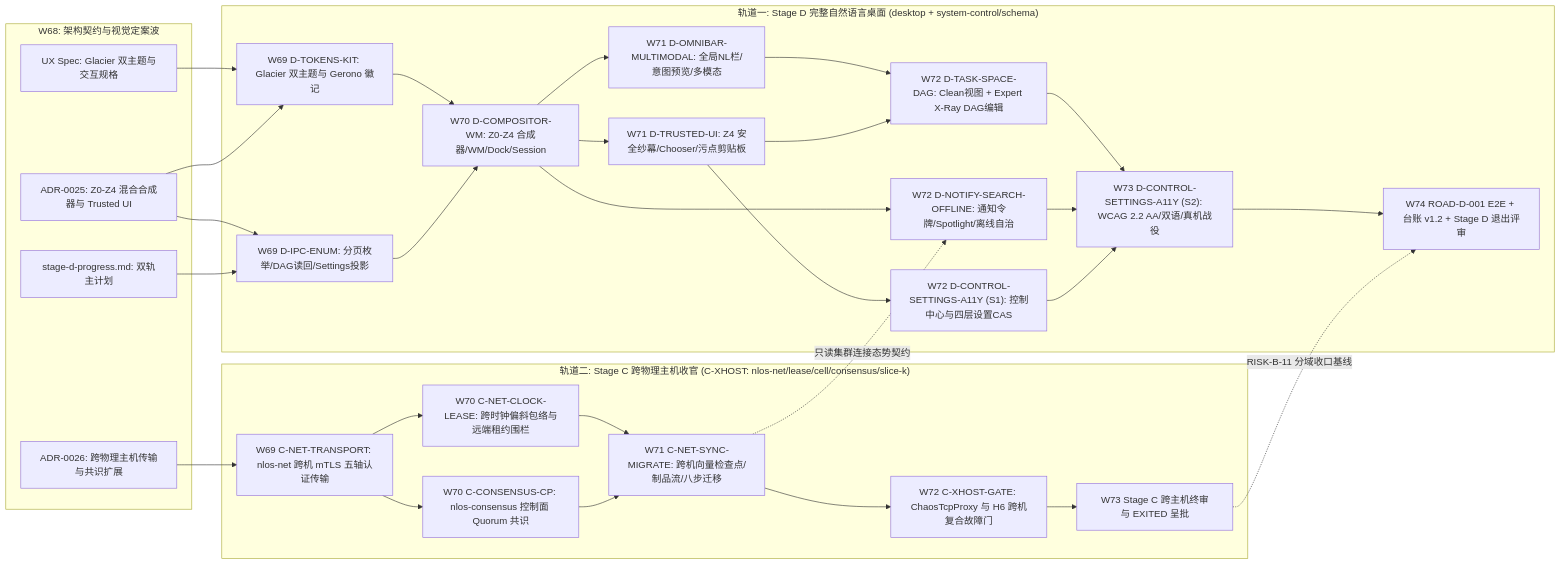
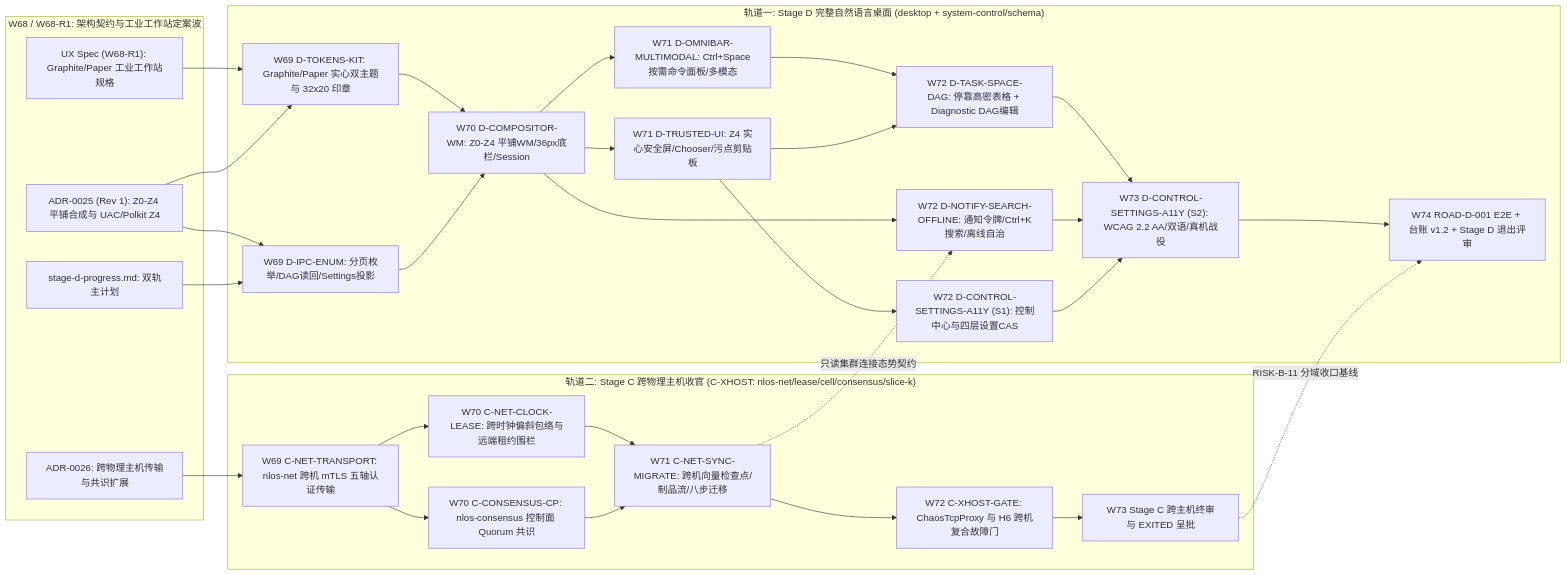
The diagram in docs/management/stage-d-progress.md (cty12356541/llmos), drawn with Mermaid before and after one commit. The commit also changed other lines of this file and 4 other files, not shown here.

First line of the commit message:
阶段D（W68-R1）：去 AI 模板味修订，确立 Graphite/Paper 硬朗工业工作站视觉与平铺优先架构

````diff
--- a/docs/management/stage-d-progress.md
+++ b/docs/management/stage-d-progress.md
@@ -202,63 +202,63 @@
 ```mermaid
 flowchart LR
-  subgraph W68_CHARTER["W68: 架构契约与视觉定案波"]
-    UX_SPEC["UX Spec: Glacier 双主题与交互规格"]
-    ADR25["ADR-0025: Z0-Z4 混合合成器与 Trusted UI"]
+  subgraph W68_CHARTER["W68 / W68-R1: 架构契约与工业工作站定案波"]
+    UX_SPEC["UX Spec (W68-R1): Graphite/Paper 工业工作站规格"]
+    ADR25["ADR-0025 (Rev 1): Z0-Z4 平铺合成与 UAC/Polkit Z4"]
     ADR26["ADR-0026: 跨物理主机传输与共识扩展"]
     PLAN_D["stage-d-progress.md: 双轨主计划"]
   end
 
   subgraph TRACK_D["轨道一: Stage D 完整自然语言桌面 (desktop + system-control/schema)"]
-    D_TOK["W69 D-TOKENS-KIT: Glacier 双主题与 Gerono 徽记"]
+    D_TOK["W69 D-TOKENS-KIT: Graphite/Paper 实心双主题与 32x20 印章"]
     D_IPC["W69 D-IPC-ENUM: 分页枚举/DAG读回/Settings投影"]
-    D_COMP["W70 D-COMPOSITOR-WM: Z0-Z4 合成器/WM/Dock/Session"]
-    D_OMNI["W71 D-OMNIBAR-MULTIMODAL: 全局NL栏/意图预览/多模态"]
-    D_TUI["W71 D-TRUSTED-UI: Z4 安全纱幕/Chooser/污点剪贴板"]
-    D_DAG["W72 D-TASK-SPACE-DAG: Clean视图 + Expert X-Ray DAG编辑"]
-    D_NSO["W72 D-NOTIFY-SEARCH-OFFLINE: 通知令牌/Spotlight/离线自治"]
+    D_COMP["W70 D-COMPOSITOR-WM: Z0-Z4 平铺WM/36px底栏/Session"]
+    D_OMNI["W71 D-OMNIBAR-MULTIMODAL: Ctrl+Space按需命令面板/多模态"]
+    D_TUI["W71 D-TRUSTED-UI: Z4 实心安全屏/Chooser/污点剪贴板"]
+    D_DAG["W72 D-TASK-SPACE-DAG: 停靠高密表格 + Diagnostic DAG编辑"]
+    D_NSO["W72 D-NOTIFY-SEARCH-OFFLINE: 通知令牌/Ctrl+K搜索/离线自治"]
     D_CSA1["W72 D-CONTROL-SETTINGS-A11Y (S1): 控制中心与四层设置CAS"]
     D_CSA2["W73 D-CONTROL-SETTINGS-A11Y (S2): WCAG 2.2 AA/双语/真机战役"]
     D_EXIT["W74 ROAD-D-001 E2E + 台账 v1.2 + Stage D 退出评审"]
   end
 
   subgraph TRACK_C["轨道二: Stage C 跨物理主机收官 (C-XHOST: nlos-net/lease/cell/consensus/slice-k)"]
     C_TRANS["W69 C-NET-TRANSPORT: nlos-net 跨机 mTLS 五轴认证传输"]
     C_CLK["W70 C-NET-CLOCK-LEASE: 跨时钟偏斜包络与远端租约围栏"]
     C_CONS["W70 C-CONSENSUS-CP: nlos-consensus 控制面 Quorum 共识"]
     C_SYNC["W71 C-NET-SYNC-MIGRATE: 跨机向量检查点/制品流/八步迁移"]
     C_GATE["W72 C-XHOST-GATE: ChaosTcpProxy 与 H6 跨机复合故障门"]
     C_EXIT["W73 Stage C 跨主机终审与 EXITED 呈批"]
   end
 
   UX_SPEC --> D_TOK
   ADR25 --> D_TOK
   ADR25 --> D_IPC
   PLAN_D --> D_IPC
   ADR26 --> C_TRANS
 
   D_TOK --> D_COMP
   D_IPC --> D_COMP
 
   C_TRANS --> C_CLK
   C_TRANS --> C_CONS
 
   D_COMP --> D_OMNI
   D_COMP --> D_TUI
   C_CLK --> C_SYNC
   C_CONS --> C_SYNC
 
   D_OMNI --> D_DAG
   D_TUI --> D_DAG
   D_COMP --> D_NSO
   D_TUI --> D_CSA1
   C_SYNC --> C_GATE
   C_SYNC -. "只读集群连接态势契约" .-> D_NSO
 
   D_DAG --> D_CSA2
   D_NSO --> D_CSA2
   D_CSA1 --> D_CSA2
   C_GATE --> C_EXIT
 
   D_CSA2 --> D_EXIT
   C_EXIT -. "RISK-B-11 分域收口基线" .-> D_EXIT
 ```
````
